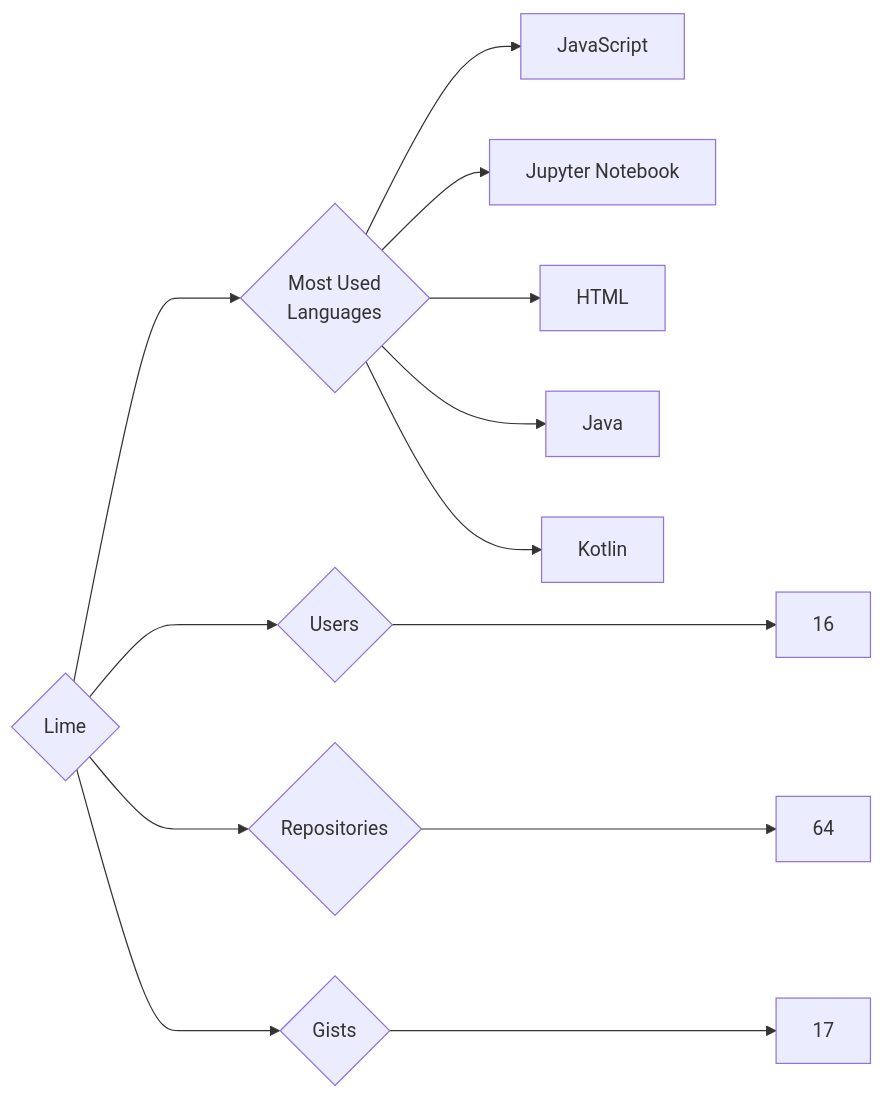
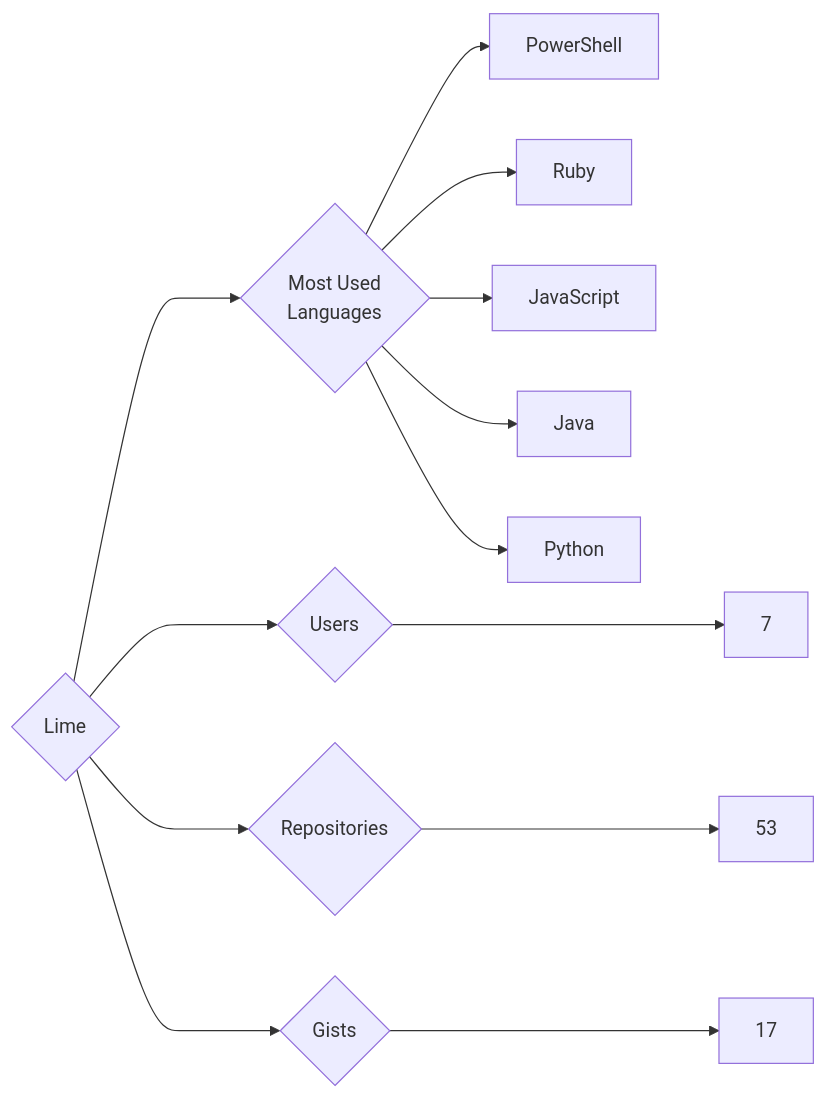
One commit to trickest/insiders changed the diagram in targets/Lime/README.md. Above: the diagram before and after it, drawn with Mermaid. The commit also changed 925 other files, not shown here.

````diff
--- a/targets/Lime/README.md
+++ b/targets/Lime/README.md
@@ -3,13 +3,13 @@
 ```mermaid
 graph LR
 COMPANY_NAME{Lime}
-COMPANY_NAME ---> U{Users} ---> UN[16]
-COMPANY_NAME ---> R{Repositories} ---> RN[64]
+COMPANY_NAME ---> U{Users} ---> UN[7]
+COMPANY_NAME ---> R{Repositories} ---> RN[53]
 COMPANY_NAME ---> G{Gists} ---> GN[17]
 COMPANY_NAME ---> ML{Most Used<br>Languages}
+ML --> PowerShell[PowerShell]
+ML --> Ruby[Ruby]
 ML --> JavaScript[JavaScript]
-ML --> Jupyter_Notebook[Jupyter Notebook]
-ML --> HTML[HTML]
 ML --> Java[Java]
-ML --> Kotlin[Kotlin]
+ML --> Python[Python]
 ```
````
